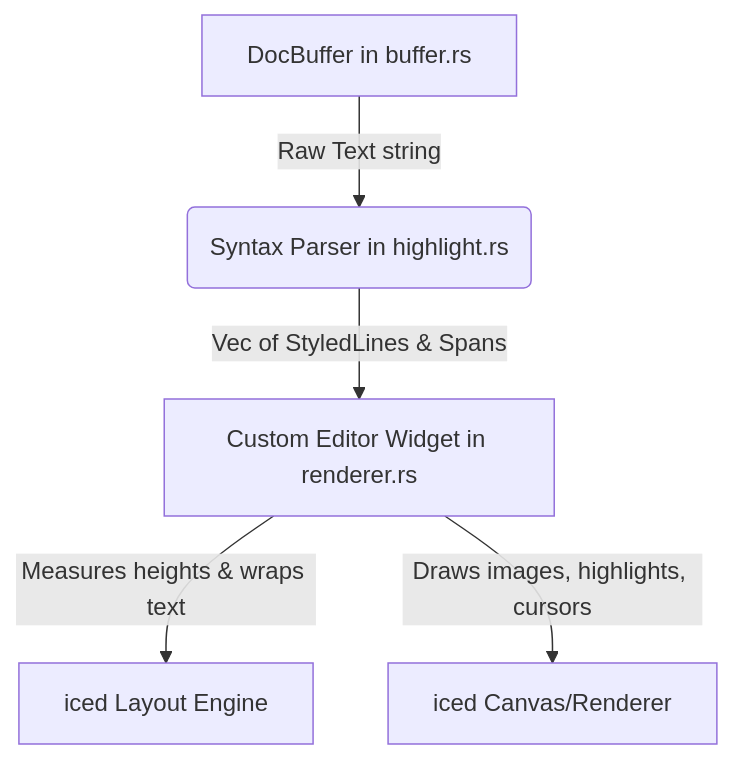
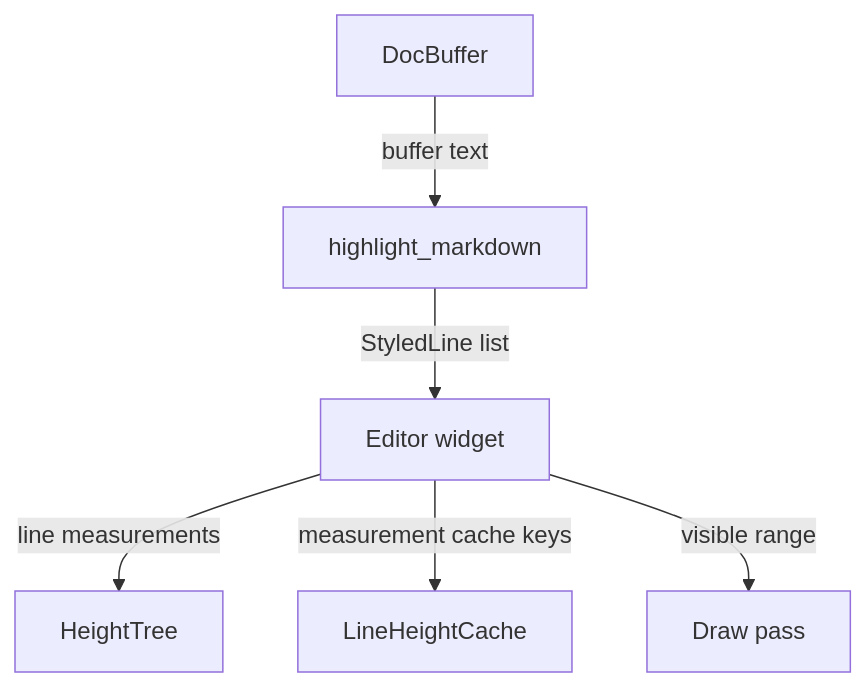
One commit to Suranjan77/md-editor changed the diagram in docs/markdown-editor-arch.md. Above: the diagram before and after it, drawn with Mermaid. The commit also changed other lines of this file and 7 other files, not shown here.

````diff
--- a/docs/markdown-editor-arch.md
+++ b/docs/markdown-editor-arch.md
@@ -14,7 +14,8 @@
 ```mermaid
 graph TD
-    A[DocBuffer in buffer.rs] -->|Raw Text string| B(Syntax Parser in highlight.rs)
-    B -->|Vec of StyledLines & Spans| C[Custom Editor Widget in renderer.rs]
-    C -->|Measures heights & wraps text| D[iced Layout Engine]
-    C -->|Draws images, highlights, cursors| E[iced Canvas/Renderer]
+    A[DocBuffer] -->|buffer text| B[highlight_markdown]
+    B -->|StyledLine list| C[Editor widget]
+    C -->|line measurements| D[HeightTree]
+    C -->|measurement cache keys| E[LineHeightCache]
+    C -->|visible range| F[Draw pass]
 ```
````
